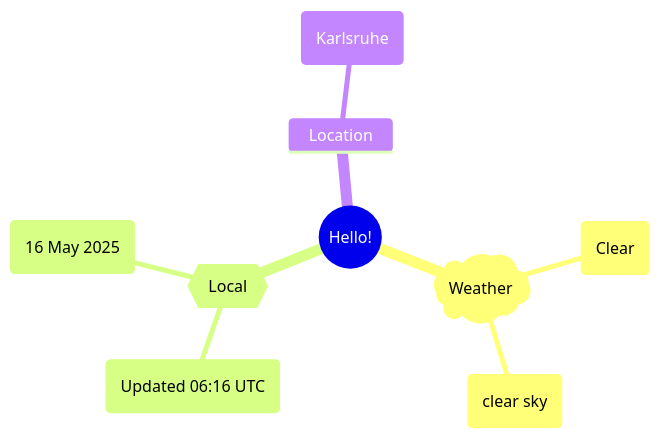
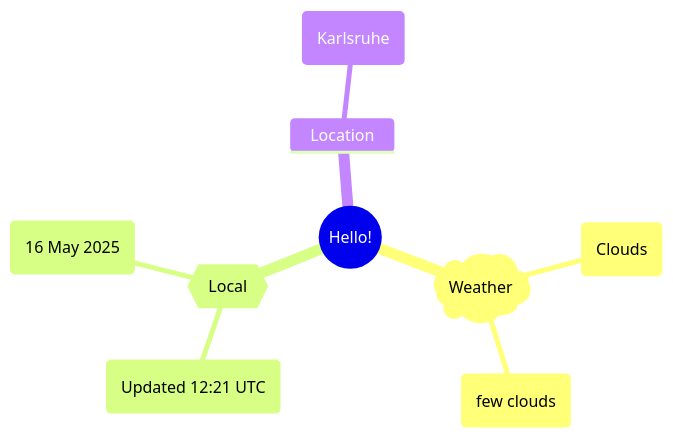
The first of 2 diagrams in README.md (Xosrov/Xosrov), drawn with Mermaid before and after one commit.

Commit message:
[bot] updated images

````diff
--- a/README.md
+++ b/README.md
@@ -3,12 +3,12 @@
 ```mermaid
 mindmap
   root((Hello!))
     )Weather(
-        (Clear)
-        (clear sky)
+        (Clouds)
+        (few clouds)
     {{Local}}
-        (Updated 06:16 UTC)
+        (Updated 12:21 UTC)
         (16 May 2025)
     Location
         (Karlsruhe)
 ```
````
